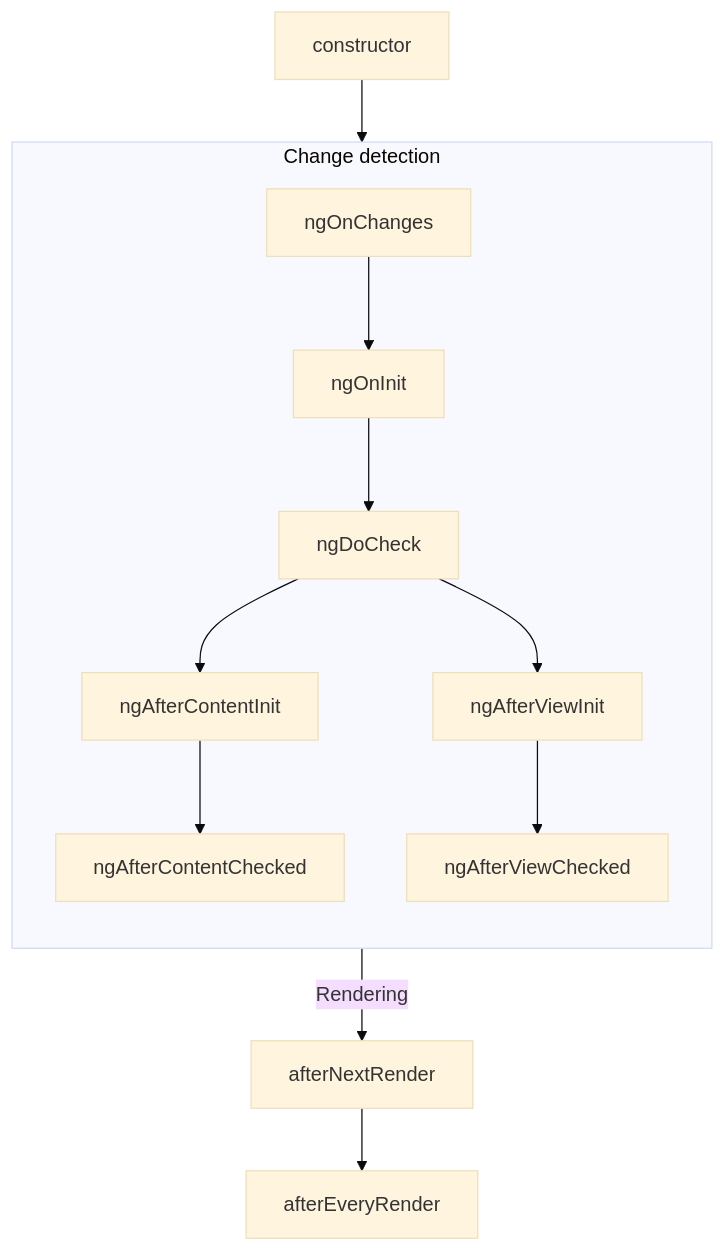
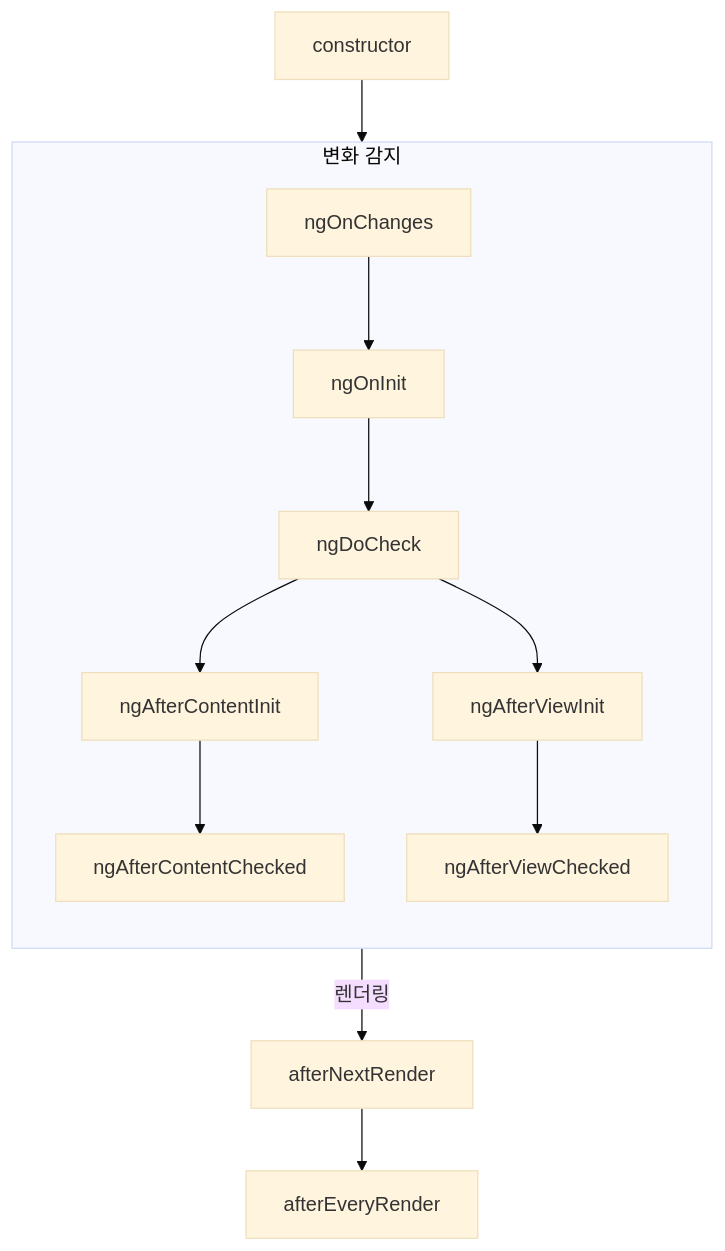
Before and after one commit to han41858/angular-ko: the first of 2 diagrams in adev/src/content/guide/components/lifecycle.md, drawn with Mermaid (base theme). The commit also changed other lines of this file and 15 other files, not shown here.

````diff
--- a/adev/src/content/guide/components/lifecycle.md
+++ b/adev/src/content/guide/components/lifecycle.md
@@ -327,14 +650,14 @@
 ```mermaid
 graph TD;
 id[constructor]-->CHANGE;
-subgraph CHANGE [Change detection]
+subgraph CHANGE [변화 감지]
 direction TB
 ngOnChanges-->ngOnInit;
 ngOnInit-->ngDoCheck;
 ngDoCheck-->ngAfterContentInit;
 ngDoCheck-->ngAfterViewInit
 ngAfterContentInit-->ngAfterContentChecked
 ngAfterViewInit-->ngAfterViewChecked
 end
-CHANGE--Rendering-->afterNextRender-->afterEveryRender
+CHANGE--렌더링-->afterNextRender-->afterEveryRender
 ```
````
